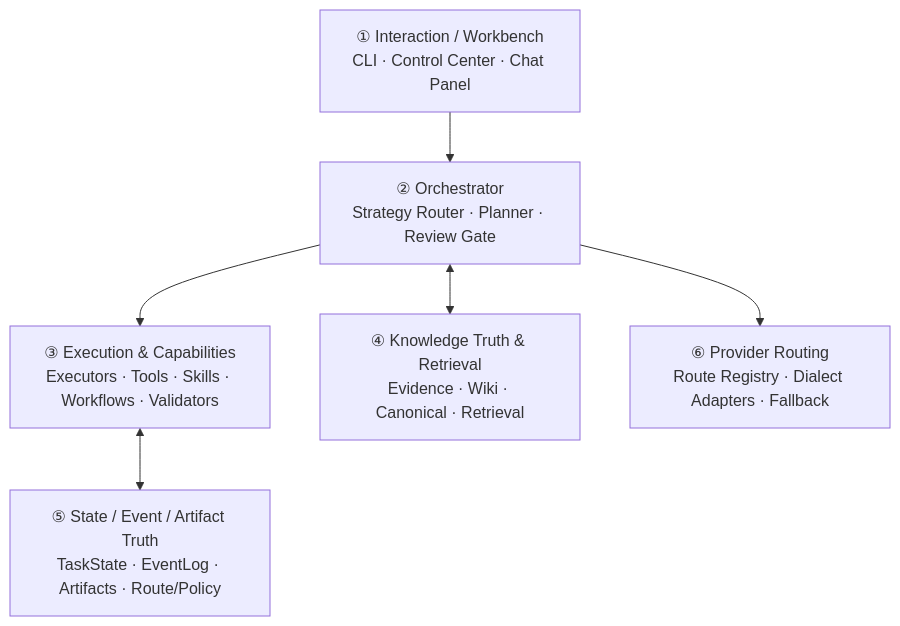
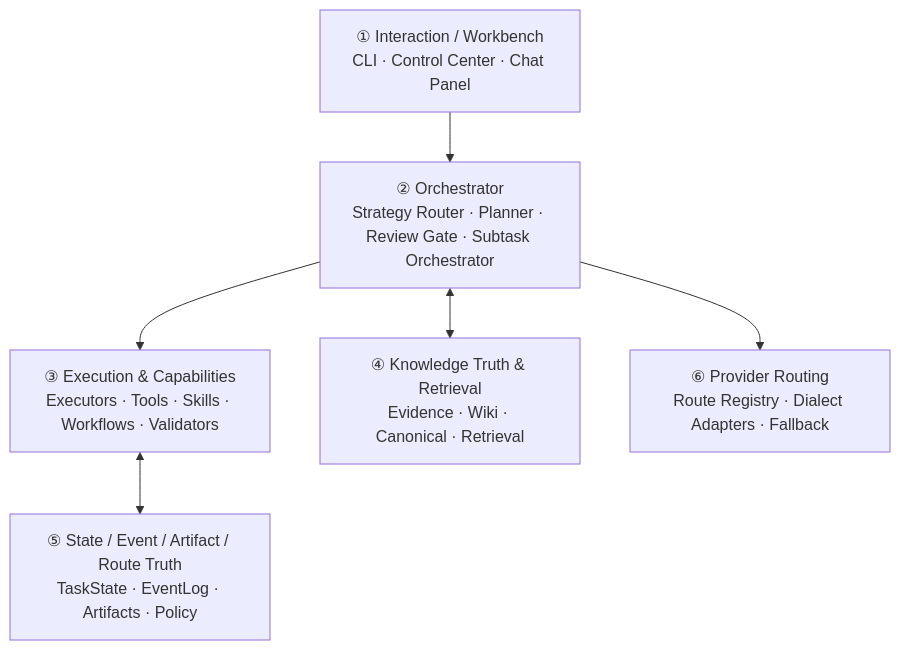
The first of 2 diagrams in README.md (RocioGinsberg/swallow), drawn with Mermaid before and after one commit. The commit also changed other lines of this file and 6 other files, not shown here.

````diff
--- a/README.md
+++ b/README.md
@@ -25,15 +26,15 @@
 ```mermaid
 graph TD
     UI["① Interaction / Workbench<br/>CLI · Control Center · Chat Panel"]
-    ORCH["② Orchestrator<br/>Strategy Router · Planner · Review Gate"]
+    ORCH["② Orchestrator<br/>Strategy Router · Planner · Review Gate · Subtask Orchestrator"]
     EXEC["③ Execution & Capabilities<br/>Executors · Tools · Skills · Workflows · Validators"]
     KNOW["④ Knowledge Truth & Retrieval<br/>Evidence · Wiki · Canonical · Retrieval"]
-    STATE["⑤ State / Event / Artifact Truth<br/>TaskState · EventLog · Artifacts · Route/Policy"]
+    STATE["⑤ State / Event / Artifact / Route Truth<br/>TaskState · EventLog · Artifacts · Policy"]
     PROVIDER["⑥ Provider Routing<br/>Route Registry · Dialect Adapters · Fallback"]
 
     UI --> ORCH
     ORCH --> EXEC
     ORCH <--> KNOW
     EXEC <--> STATE
     ORCH --> PROVIDER
 ```
````
